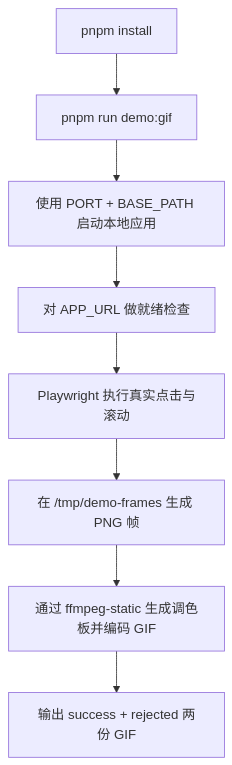
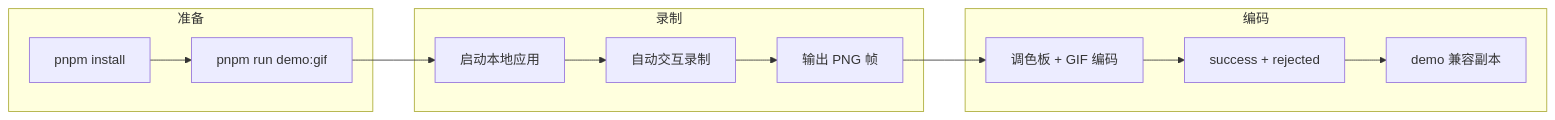
The sixth of 8 diagrams in README.md (sunshineluyao/Moss-Mcp-Transaction), drawn with Mermaid before and after one commit. The commit also changed other lines of this file, not shown here.

Commit message:
docs: redesign mermaid diagrams for cleaner compact layout

````diff
--- a/README.md
+++ b/README.md
@@ -374,10 +414,20 @@
 ```mermaid
-flowchart TD
-  A[pnpm install] --> B[pnpm run demo:gif]
-  B --> C[使用 PORT + BASE_PATH 启动本地应用]
-  C --> D[对 APP_URL 做就绪检查]
-  D --> E[Playwright 执行真实点击与滚动]
-  E --> F[在 /tmp/demo-frames 生成 PNG 帧]
-  F --> G[通过 ffmpeg-static 生成调色板并编码 GIF]
-  G --> H[输出 success + rejected 两份 GIF]
+flowchart LR
+  subgraph P1[准备]
+    A[pnpm install] --> B[pnpm run demo:gif]
+  end
+
+  subgraph P2[录制]
+    C[启动本地应用] --> D[自动交互录制]
+    D --> E[输出 PNG 帧]
+  end
+
+  subgraph P3[编码]
+    F[调色板 + GIF 编码]
+    G[success + rejected]
+    H[demo 兼容副本]
+  end
+
+  B --> C
+  E --> F --> G --> H
 ```
````
